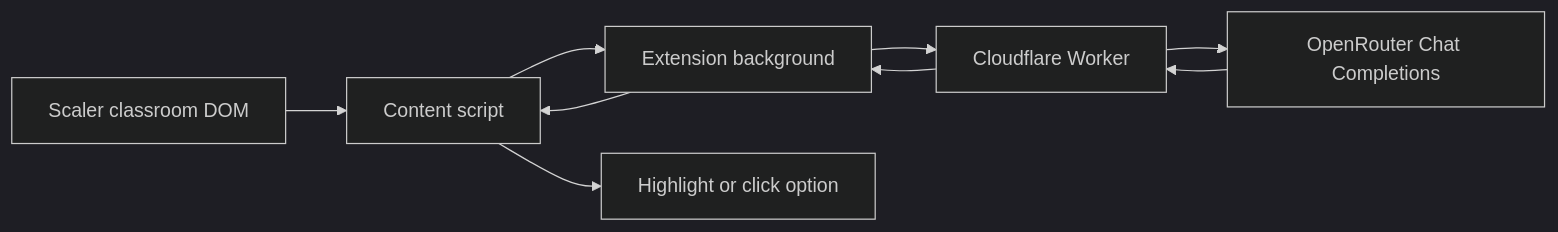
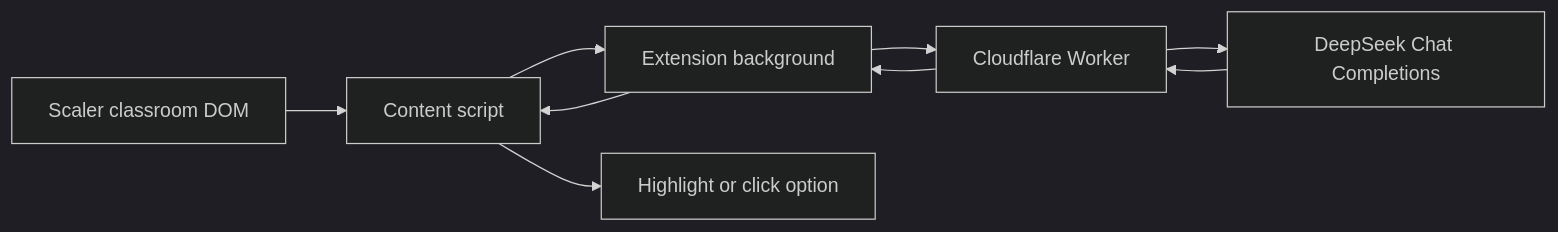
The diagram in README.md (Pujan-khunt/Rin), drawn with Mermaid (dark theme) before and after one commit. The commit also changed other lines of this file and 10 other files, not shown here.

Commit message:
chore(extension): remove model selection options and use DeepSeek Flash exclusively

````diff
--- a/README.md
+++ b/README.md
@@ -12,11 +12,11 @@
 ```mermaid
 flowchart LR
     DOM[Scaler classroom DOM] --> Content[Content script]
     Content --> Background[Extension background]
     Background --> Worker[Cloudflare Worker]
-    Worker --> AI[OpenRouter Chat Completions]
+    Worker --> AI[DeepSeek Chat Completions]
     AI --> Worker
     Worker --> Background
     Background --> Content
     Content --> Action[Highlight or click option]
 ```
````
